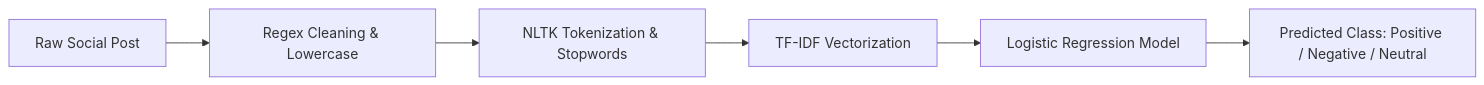
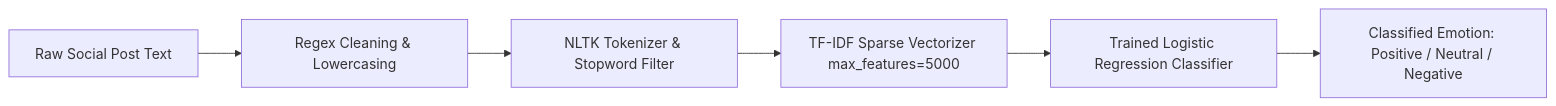
Before and after one commit to Bhumikaravi/Social-Media-Emotion-Detection-: the diagram in README.md, drawn with Mermaid. The commit also changed other lines of this file, not shown here.

Commit message:
docs: modernize README with dynamic banners, system architecture, and setup instructions

````diff
--- a/README.md
+++ b/README.md
@@ -16,8 +40,8 @@
 ```mermaid
 flowchart LR
-    A[Raw Social Post] --> B[Regex Cleaning & Lowercase]
-    B --> C[NLTK Tokenization & Stopwords]
-    C --> D[TF-IDF Vectorization]
-    D --> E[Logistic Regression Model]
-    E --> F[Predicted Class: Positive / Negative / Neutral]
+    A[Raw Social Post Text] --> B[Regex Cleaning & Lowercasing]
+    B --> C[NLTK Tokenizer & Stopword Filter]
+    C --> D[TF-IDF Sparse Vectorizer max_features=5000]
+    D --> E[Trained Logistic Regression Classifier]
+    E --> F[Classified Emotion: Positive / Neutral / Negative]
 ```
````
